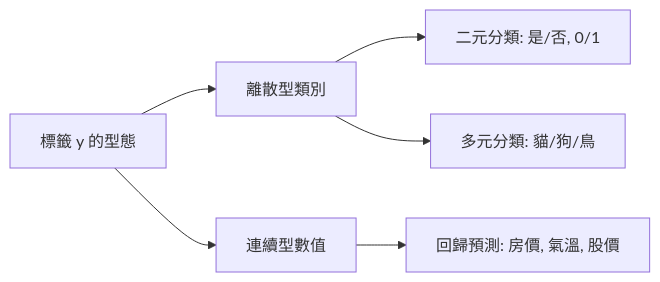
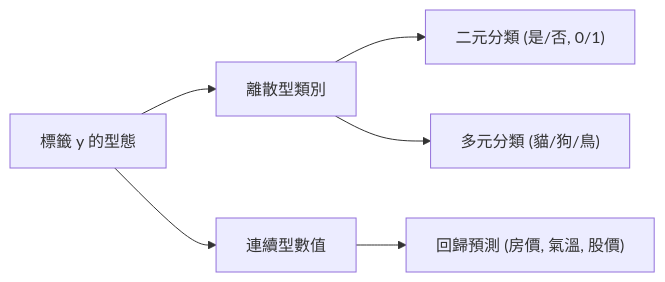
One commit to roberthsu2003/machine_learning changed the diagram in 名詞解釋/02_數據結構/README.md. Above: the diagram before and after it, drawn with Mermaid. The commit also changed 5 other files, not shown here.

````diff
--- a/名詞解釋/02_數據結構/README.md
+++ b/名詞解釋/02_數據結構/README.md
@@ -60,8 +60,8 @@
 ```mermaid
-graph LR
-    Label[標籤 y 的型態] --> Discrete[離散型類別]
-    Label --> Continuous[連續型數值]
-    Discrete --> Binary[二元分類: 是/否, 0/1]
-    Discrete --> MultiClass[多元分類: 貓/狗/鳥]
-    Continuous --> Reg[回歸預測: 房價, 氣溫, 股價]
+flowchart LR
+    Label["標籤 y 的型態"] --> Discrete["離散型類別"]
+    Label --> Continuous["連續型數值"]
+    Discrete --> Binary["二元分類 (是/否, 0/1)"]
+    Discrete --> MultiClass["多元分類 (貓/狗/鳥)"]
+    Continuous --> Reg["回歸預測 (房價, 氣溫, 股價)"]
 ```
````
